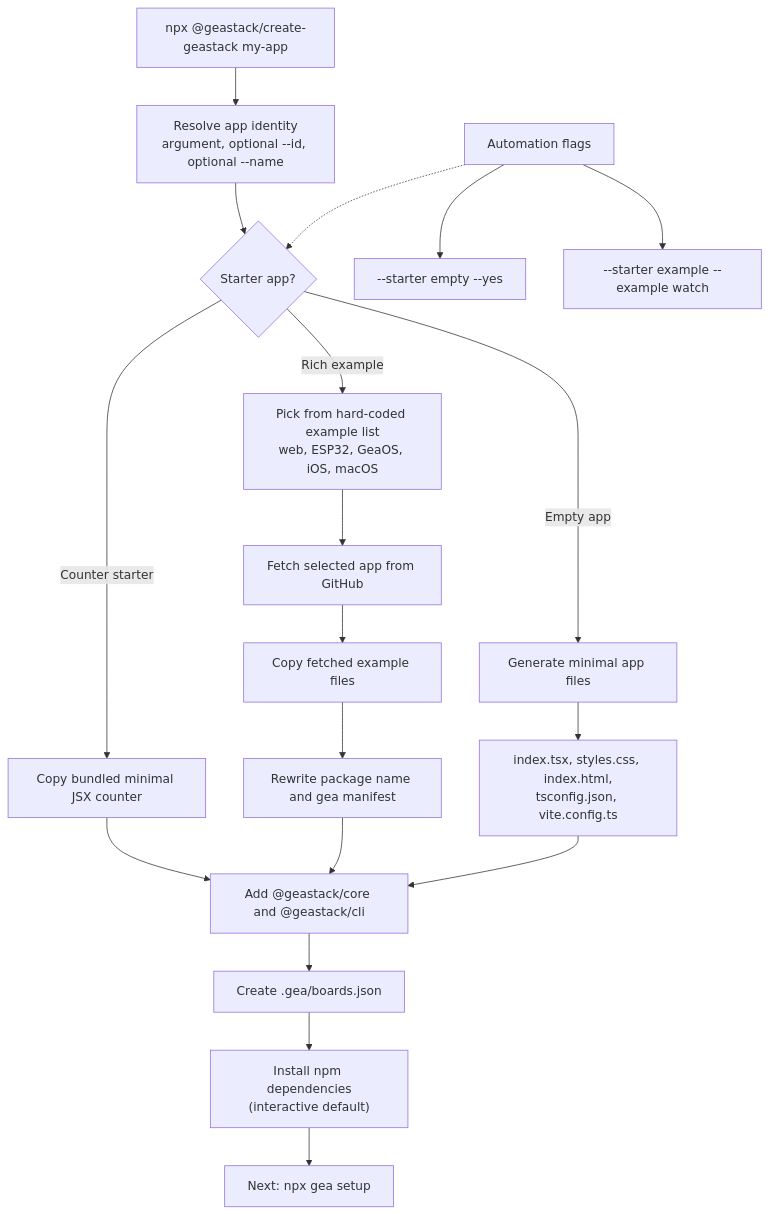
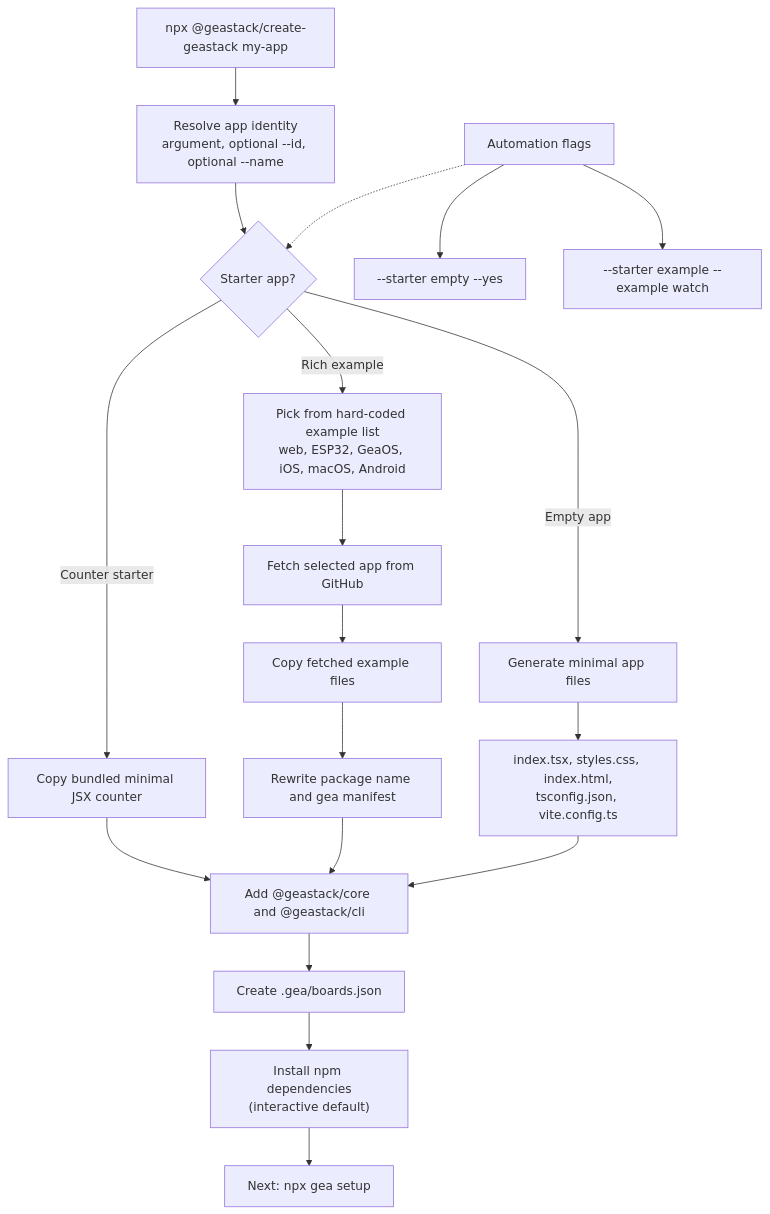
One commit to geastack/cli changed the first of 2 diagrams in README.md. Above: the diagram before and after it, drawn with Mermaid. The commit also changed other lines of this file and 14 other files, not shown here.

````diff
--- a/README.md
+++ b/README.md
@@ -26,26 +26,26 @@
 ```mermaid
 flowchart TD
   create["npx @geastack/create-geastack my-app"] --> identity["Resolve app identity<br/>argument, optional --id, optional --name"]
   identity --> starter{"Starter app?"}
 
   starter -->|"Counter starter"| counter["Copy bundled minimal JSX counter"]
 
   starter -->|"Empty app"| empty["Generate minimal app files"]
   empty --> emptyFiles["index.tsx, styles.css, index.html,<br/>tsconfig.json, vite.config.ts"]
 
-  starter -->|"Rich example"| pickExample["Pick from hard-coded example list<br/>web, ESP32, GeaOS, iOS, macOS"]
+  starter -->|"Rich example"| pickExample["Pick from hard-coded example list<br/>web, ESP32, GeaOS, iOS, macOS, Android"]
   pickExample --> fetchExample["Fetch selected app from GitHub"]
   fetchExample --> copyExample["Copy fetched example files"]
   copyExample --> rewriteExample["Rewrite package name and gea manifest"]
 
   counter --> projectWiring["Add @geastack/core and @geastack/cli"]
   rewriteExample --> projectWiring["Add @geastack/core and @geastack/cli"]
   emptyFiles --> projectWiring
   projectWiring --> boardConfig["Create .gea/boards.json"]
   boardConfig --> install["Install npm dependencies<br/>(interactive default)"]
   install --> setup["Next: npx gea setup"]
 
   auto["Automation flags"] -.-> starter
   auto --> autoEmpty["--starter empty --yes"]
   auto --> autoExample["--starter example --example watch"]
 ```
````
